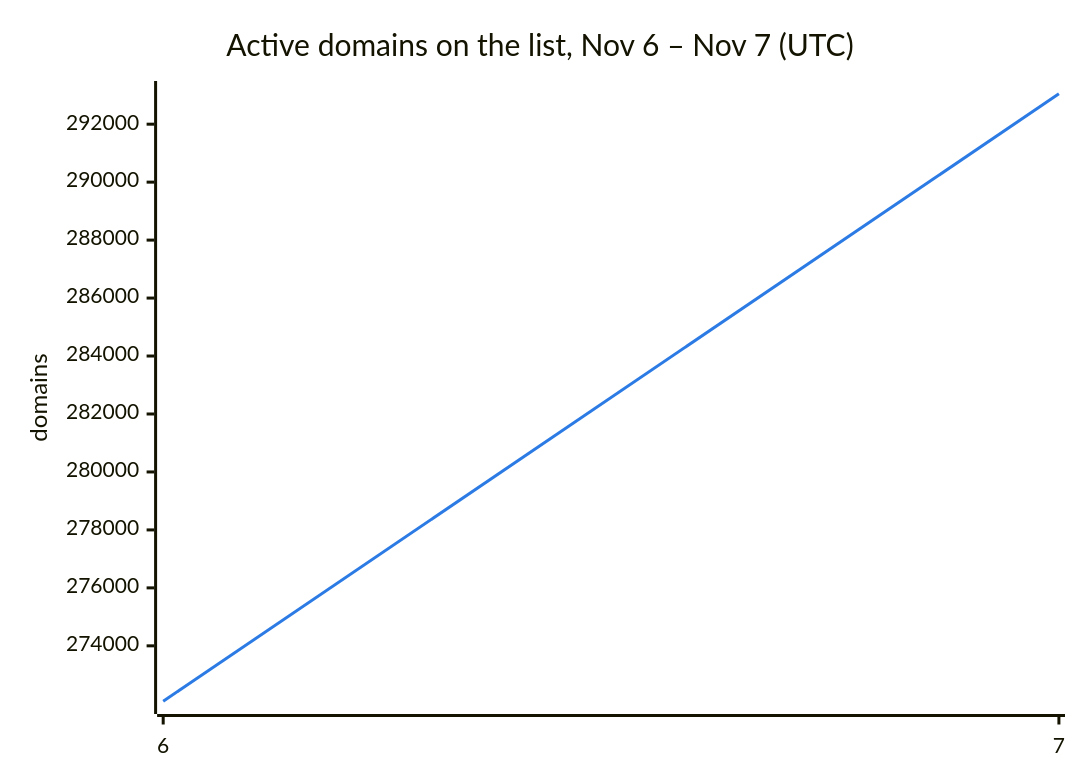
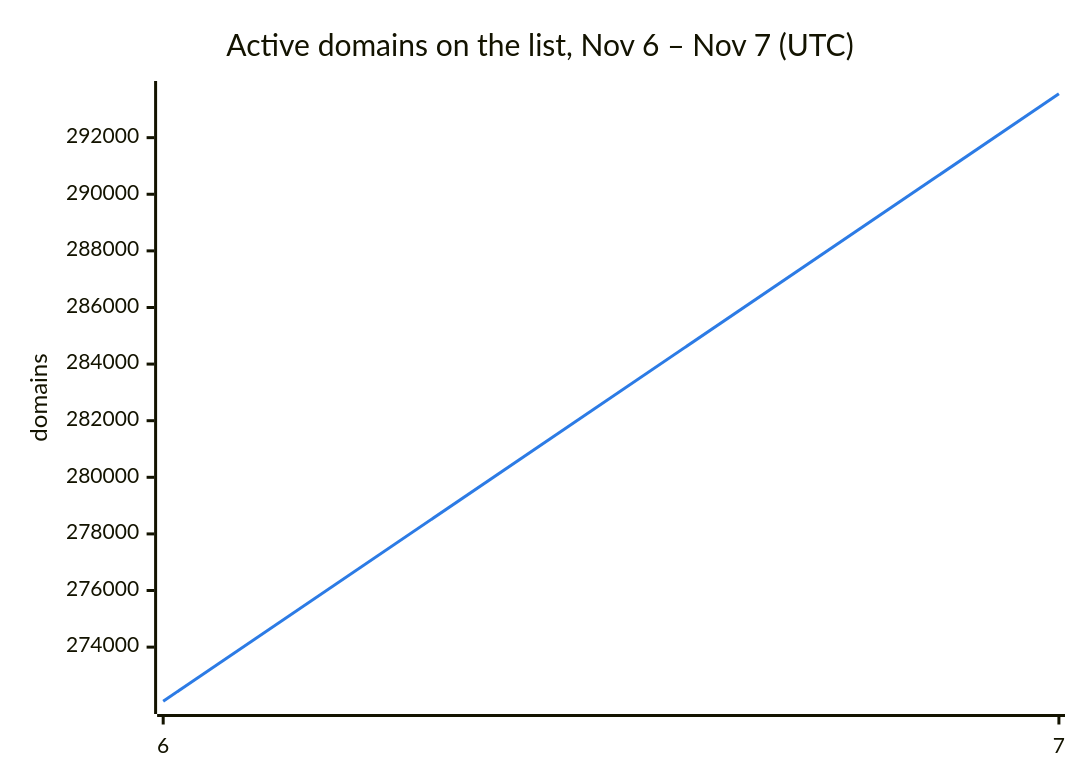
Before and after one commit to DNSBunker/CTI: the second of 3 diagrams in README.md, drawn with Mermaid. The commit also changed other lines of this file and 3 other files, not shown here.

````diff
--- a/README.md
+++ b/README.md
@@ -38,8 +38,8 @@
 ```mermaid
 %%{init: {"themeVariables": {"xyChart": {"plotColorPalette": "#2c7be5"}}}}%%
 xychart-beta
     title "Active domains on the list, Nov 6 – Nov 7 (UTC)"
     x-axis ["6", "7"]
     y-axis "domains"
-    line [272088, 293050]
+    line [272088, 293551]
 ```
````
